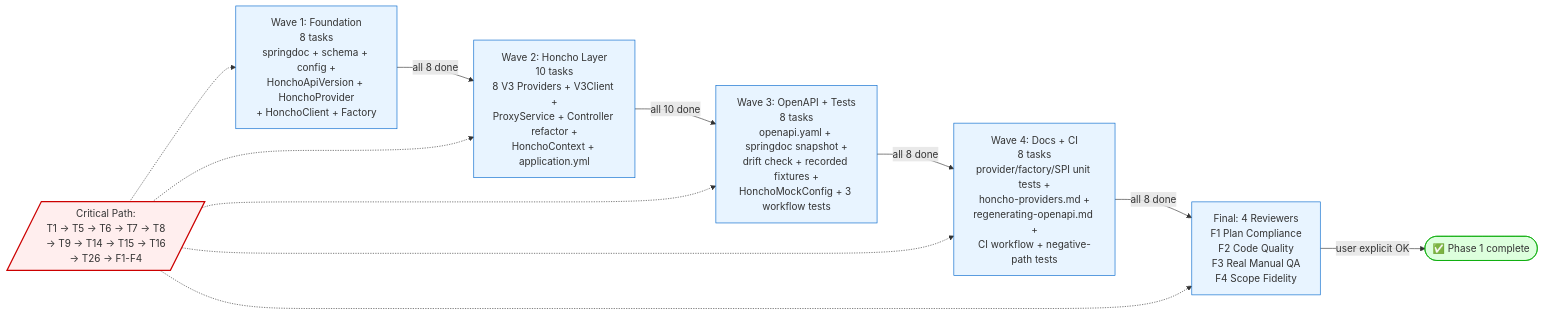
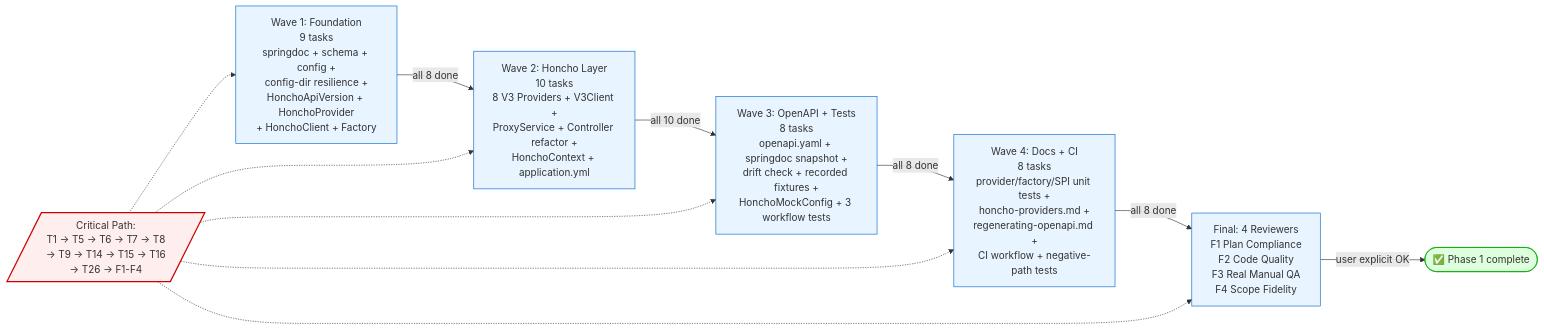
The third of 6 diagrams in .sisyphus/plans/phase-1-openapi-and-workflow-tests.md (cloudbsdorg/honcho-inspector-backend), drawn with Mermaid before and after one commit. The commit also changed other lines of this file and 1 other file, not shown here.

First line of the commit message:
feat(plan): add T4a config-dir resilience + per-user fallback

````diff
--- a/.sisyphus/plans/phase-1-openapi-and-workflow-tests.md
+++ b/.sisyphus/plans/phase-1-openapi-and-workflow-tests.md
@@ -193,28 +193,28 @@
 ```mermaid
 flowchart LR
-  W1["Wave 1: Foundation<br/>8 tasks<br/>springdoc + schema + config +<br/>HonchoApiVersion + HonchoProvider<br/>+ HonchoClient + Factory"]
+  W1["Wave 1: Foundation<br/>9 tasks<br/>springdoc + schema + config +<br/>config-dir resilience +<br/>HonchoApiVersion + HonchoProvider<br/>+ HonchoClient + Factory"]
   W2["Wave 2: Honcho Layer<br/>10 tasks<br/>8 V3 Providers + V3Client +<br/>ProxyService + Controller refactor +<br/>HonchoContext + application.yml"]
   W3["Wave 3: OpenAPI + Tests<br/>8 tasks<br/>openapi.yaml + springdoc snapshot +<br/>drift check + recorded fixtures +<br/>HonchoMockConfig + 3 workflow tests"]
   W4["Wave 4: Docs + CI<br/>8 tasks<br/>provider/factory/SPI unit tests +<br/>honcho-providers.md +<br/>regenerating-openapi.md +<br/>CI workflow + negative-path tests"]
   FIN["Final: 4 Reviewers<br/>F1 Plan Compliance<br/>F2 Code Quality<br/>F3 Real Manual QA<br/>F4 Scope Fidelity"]
 
   W1 -->|"all 8 done"| W2
   W2 -->|"all 10 done"| W3
   W3 -->|"all 8 done"| W4
   W4 -->|"all 8 done"| FIN
   FIN -->|"user explicit OK"| DONE(["✅ Phase 1 complete"])
 
   CP[/"Critical Path:<br/>T1 → T5 → T6 → T7 → T8<br/>→ T9 → T14 → T15 → T16<br/>→ T26 → F1-F4"/]
   CP -.-> W1
   CP -.-> W2
   CP -.-> W3
   CP -.-> W4
   CP -.-> FIN
 
   classDef wave fill:#e8f4ff,stroke:#06c
   classDef critical fill:#fee,stroke:#c00,stroke-width:2px
   classDef done fill:#dfd,stroke:#0a0
   class W1,W2,W3,W4,FIN wave
   class CP critical
   class DONE done
 ```
````
